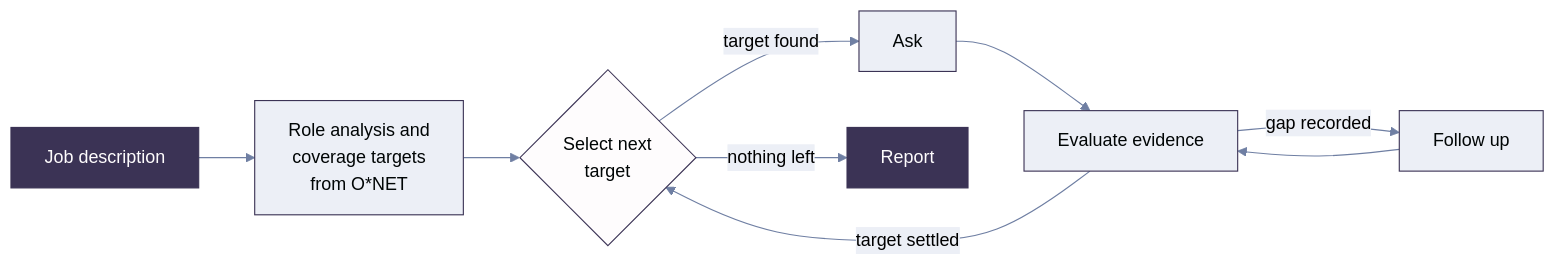
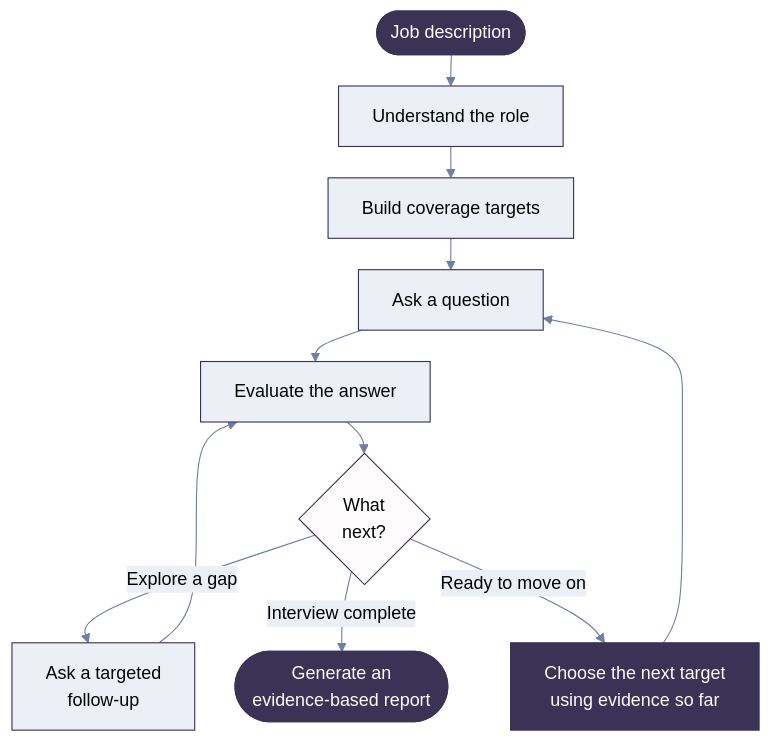
Before and after one commit to AliyahAlabdali/InterMind: the first of 2 diagrams in README.md, drawn with Mermaid. The commit also changed other lines of this file and 2 other files, not shown here.

````diff
--- a/README.md
+++ b/README.md
@@ -65,20 +79,22 @@
 ```mermaid
-%%{init: {"theme":"base","themeVariables":{"primaryColor":"#ECEFF6","primaryTextColor":"#000505","primaryBorderColor":"#3B3355","lineColor":"#6F7FA3","edgeLabelBackground":"#ECEFF6","tertiaryTextColor":"#000505","tertiaryColor":"#F6F8FB"}}}%%
-flowchart LR
-    JD["Job description"] --> PLAN["Role analysis and<br/>coverage targets<br/>from O#42;NET"]
-    PLAN --> SEL{"Select next<br/>target"}
-    SEL -->|"target found"| ASK["Ask"]
-    ASK --> EVAL["Evaluate evidence"]
-    EVAL -->|"gap recorded"| FU["Follow up"]
+%%{init: {"theme":"base","flowchart":{"rankSpacing":28,"nodeSpacing":36},"themeVariables":{"primaryColor":"#ECEFF6","primaryTextColor":"#000505","primaryBorderColor":"#3B3355","lineColor":"#6F7FA3","edgeLabelBackground":"#ECEFF6","tertiaryTextColor":"#000505","tertiaryColor":"#F6F8FB"}}}%%
+flowchart TD
+    JD(["Job description"]) --> ROLE["Understand the role"]
+    ROLE --> PLAN["Build coverage targets"]
+    PLAN --> ASK["Ask a question"]
+    ASK --> EVAL["Evaluate the answer"]
+    EVAL --> DECIDE{"What<br/>next?"}
+    DECIDE -->|"Explore a gap"| FU["Ask a targeted<br/>follow-up"]
     FU --> EVAL
-    EVAL -->|"target settled"| SEL
-    SEL -->|"nothing left"| REP["Report"]
+    DECIDE -->|"Interview complete"| REP(["Generate an<br/>evidence-based report"])
+    DECIDE -->|"Ready to move on"| NEXT["Choose the next target<br/>using evidence so far"]
+    NEXT --> ASK
 
     linkStyle default stroke:#6F7FA3,color:black;
     classDef accent fill:#3B3355,stroke:#3B3355,stroke-width:1px,color:#FEFCFD;
     classDef step fill:#ECEFF6,stroke:#3B3355,stroke-width:1px,color:#000505;
     classDef gate fill:#FEFCFD,stroke:#3B3355,stroke-width:1px,color:#000505;
-    class JD,REP accent;
-    class PLAN,ASK,EVAL,FU step;
-    class SEL gate;
+    class JD,REP,NEXT accent;
+    class ROLE,PLAN,ASK,EVAL,FU step;
+    class DECIDE gate;
 ```
````
